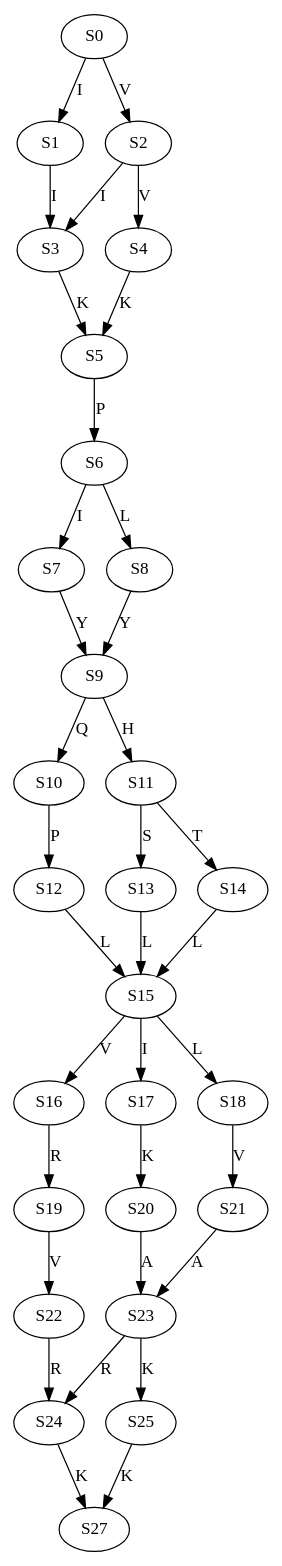
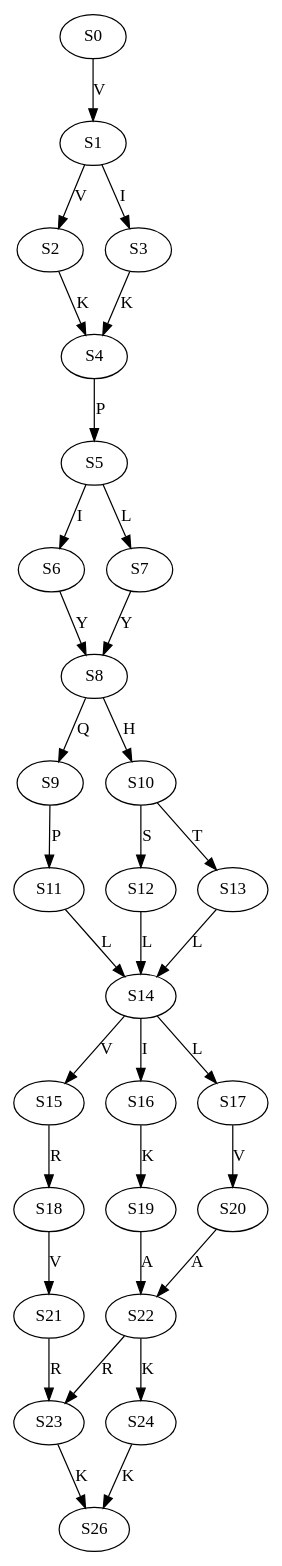
Before and after one commit to Kuanhao-Chao/Wheeler_Graph_Toolkit: the diagram in data/graph/GT_vs_WGT/RevDetG_AA/Human_BTBD17_orthologues_AA_l_15_a_4.dot, drawn with Graphviz. The commit also changed 11978 other files, not shown here.

Commit message:
Update data/graph/

```diff
--- a/data/graph/GT_vs_WGT/RevDetG_AA/Human_BTBD17_orthologues_AA_l_15_a_4.dot
+++ b/data/graph/GT_vs_WGT/RevDetG_AA/Human_BTBD17_orthologues_AA_l_15_a_4.dot
@@ -1,36 +1,34 @@
 strict digraph  {
-	S0 -> S1 [ label = I ];
-	S0 -> S2 [ label = V ];
+	S0 -> S1 [ label = V ];
+	S1 -> S2 [ label = V ];
 	S1 -> S3 [ label = I ];
-	S2 -> S4 [ label = V ];
-	S2 -> S3 [ label = I ];
-	S3 -> S5 [ label = K ];
-	S4 -> S5 [ label = K ];
-	S5 -> S6 [ label = P ];
-	S6 -> S7 [ label = I ];
-	S6 -> S8 [ label = L ];
-	S7 -> S9 [ label = Y ];
-	S8 -> S9 [ label = Y ];
-	S9 -> S10 [ label = Q ];
-	S9 -> S11 [ label = H ];
-	S10 -> S12 [ label = P ];
-	S11 -> S13 [ label = S ];
-	S11 -> S14 [ label = T ];
-	S12 -> S15 [ label = L ];
-	S13 -> S15 [ label = L ];
-	S14 -> S15 [ label = L ];
-	S15 -> S16 [ label = V ];
-	S15 -> S17 [ label = I ];
-	S15 -> S18 [ label = L ];
-	S16 -> S19 [ label = R ];
-	S17 -> S20 [ label = K ];
+	S2 -> S4 [ label = K ];
+	S3 -> S4 [ label = K ];
+	S4 -> S5 [ label = P ];
+	S5 -> S6 [ label = I ];
+	S5 -> S7 [ label = L ];
+	S6 -> S8 [ label = Y ];
+	S7 -> S8 [ label = Y ];
+	S8 -> S9 [ label = Q ];
+	S8 -> S10 [ label = H ];
+	S9 -> S11 [ label = P ];
+	S10 -> S12 [ label = S ];
+	S10 -> S13 [ label = T ];
+	S11 -> S14 [ label = L ];
+	S12 -> S14 [ label = L ];
+	S13 -> S14 [ label = L ];
+	S14 -> S15 [ label = V ];
+	S14 -> S16 [ label = I ];
+	S14 -> S17 [ label = L ];
+	S15 -> S18 [ label = R ];
+	S16 -> S19 [ label = K ];
+	S17 -> S20 [ label = V ];
 	S18 -> S21 [ label = V ];
-	S19 -> S22 [ label = V ];
-	S20 -> S23 [ label = A ];
-	S21 -> S23 [ label = A ];
-	S22 -> S24 [ label = R ];
-	S23 -> S25 [ label = K ];
-	S23 -> S24 [ label = R ];
-	S24 -> S27 [ label = K ];
-	S25 -> S27 [ label = K ];
+	S19 -> S22 [ label = A ];
+	S20 -> S22 [ label = A ];
+	S21 -> S23 [ label = R ];
+	S22 -> S24 [ label = K ];
+	S22 -> S23 [ label = R ];
+	S23 -> S26 [ label = K ];
+	S24 -> S26 [ label = K ];
 }
```
